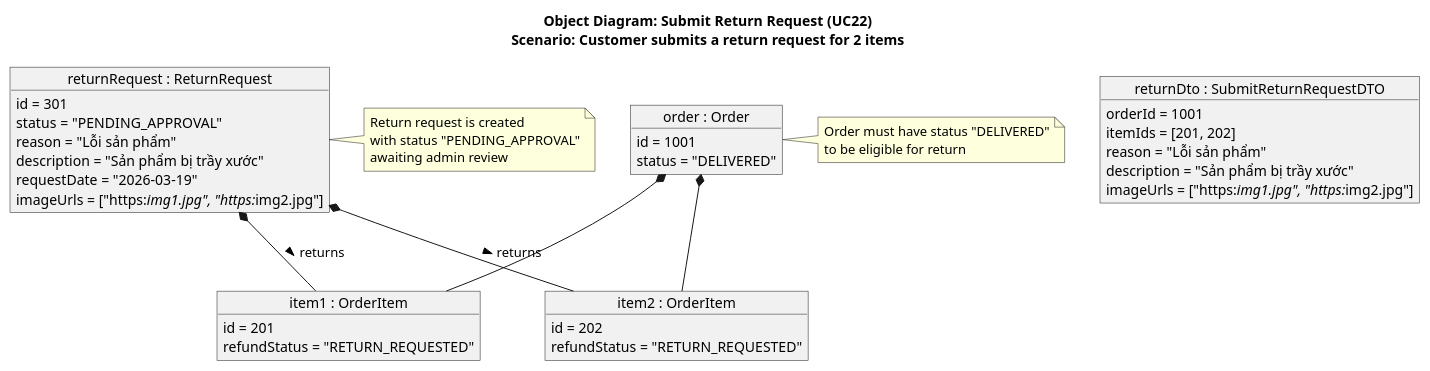
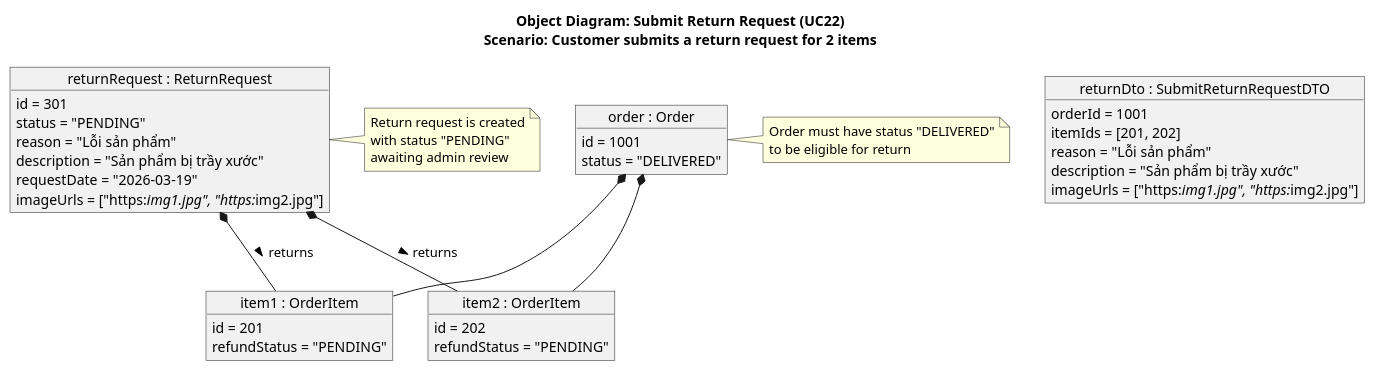
One commit to Peterdir/fashion-store-system changed the diagram in src/main/java/org/example/fashionstoresystem/uml/Object/OD22_SubmitReturnRequest.puml. Above: the diagram before and after it, drawn with PlantUML. The commit also changed 13 other files, not shown here.

Commit message:
Update uml

```diff
--- a/src/main/java/org/example/fashionstoresystem/uml/Object/OD22_SubmitReturnRequest.puml
+++ b/src/main/java/org/example/fashionstoresystem/uml/Object/OD22_SubmitReturnRequest.puml
@@ -1,59 +1,59 @@
 @startuml
 title Object Diagram: Submit Return Request (UC22)\nScenario: Customer submits a return request for 2 items
 
 ' DTO - Data sent from return form
 object "returnDto : SubmitReturnRequestDTO" as dto {
     orderId = 1001
     itemIds = [201, 202]
     reason = "Lỗi sản phẩm"
     description = "Sản phẩm bị trầy xước"
     imageUrls = ["https://img1.jpg", "https://img2.jpg"]
 }
 
 ' Entity - The original order
 object "order : Order" as order {
     id = 1001
     status = "DELIVERED"
 }
 
 ' Entity - Items selected for return
 object "item1 : OrderItem" as item1 {
     id = 201
-    refundStatus = "RETURN_REQUESTED"
+    refundStatus = "PENDING"
 }
 
 object "item2 : OrderItem" as item2 {
     id = 202
-    refundStatus = "RETURN_REQUESTED"
+    refundStatus = "PENDING"
 }
 
 ' Structural relationships (OrderItems belong to Order)
 order *-- item1
 order *-- item2
 
 ' Entity - Return request created
 object "returnRequest : ReturnRequest" as rr {
     id = 301
-    status = "PENDING_APPROVAL"
+    status = "PENDING"
     reason = "Lỗi sản phẩm"
     description = "Sản phẩm bị trầy xước"
     requestDate = "2026-03-19"
     imageUrls = ["https://img1.jpg", "https://img2.jpg"]
 }
 
 ' Relationships
 rr *-- item1 : returns >
 rr *-- item2 : returns >
 
 note right of order
     Order must have status "DELIVERED"
     to be eligible for return
 end note
 
 note right of rr
     Return request is created
-    with status "PENDING_APPROVAL"
+    with status "PENDING"
     awaiting admin review
 end note
 
 @enduml
```
